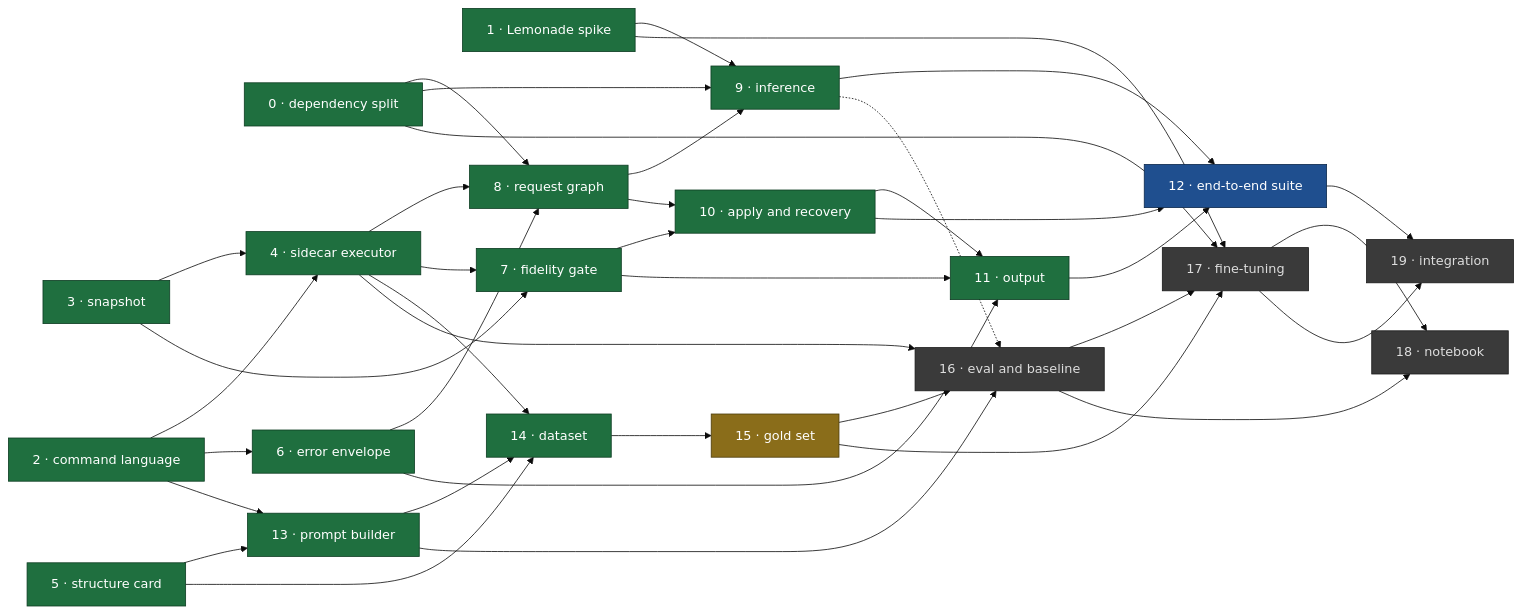
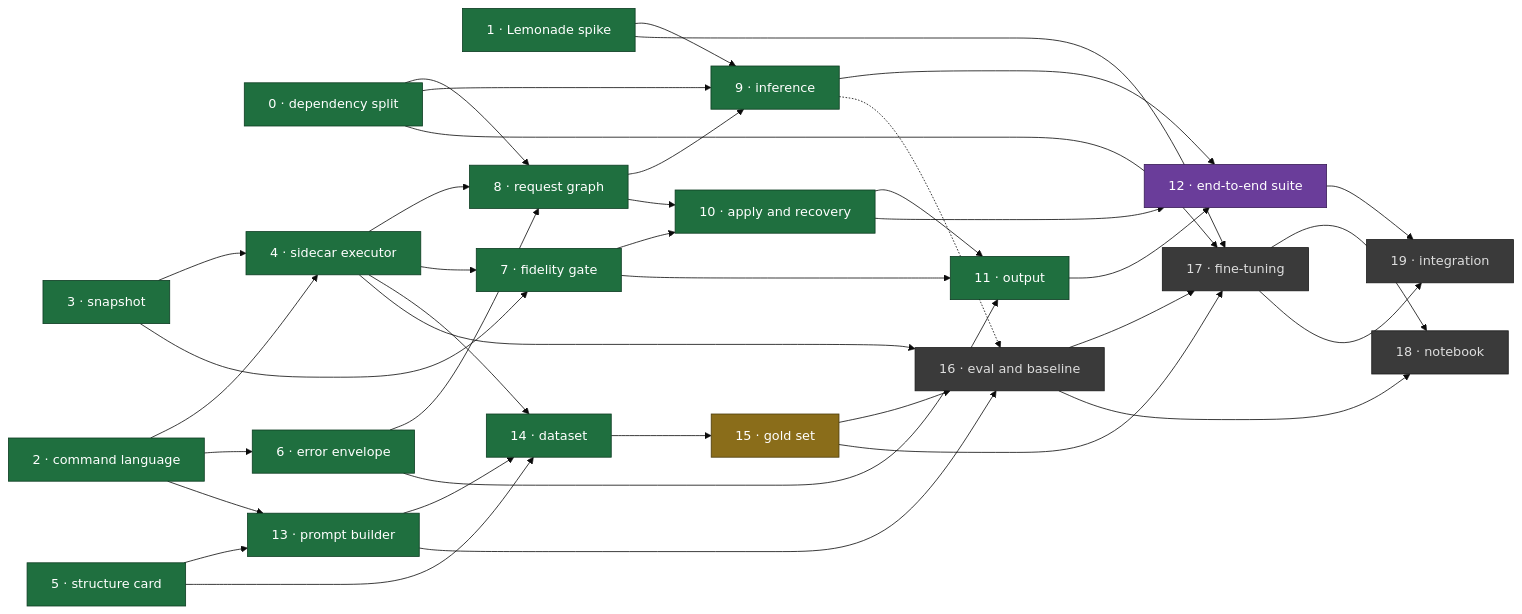
The diagram in docs/master_plan.md (urban233/pymol-copilot), drawn with Mermaid (base theme) before and after one commit. The commit also changed other lines of this file, not shown here.

First line of the commit message:
docs(master_plan): mark item 12 in progress on feat/end-to-end-suite

````diff
--- a/docs/master_plan.md
+++ b/docs/master_plan.md
@@ -112,67 +112,67 @@
 ```mermaid
 flowchart LR
   classDef done fill:#1f6f3f,stroke:#0d3d22,color:#fff
   classDef review fill:#8a6d1a,stroke:#4d3c0c,color:#fff
   classDef ready fill:#1f4f8f,stroke:#0d2a4d,color:#fff
   classDef progress fill:#6a3d9a,stroke:#3a1f57,color:#fff
   classDef blocked fill:#3a3a3a,stroke:#1a1a1a,color:#ddd
 
   I0["0 · dependency split"]:::done
   I1["1 · Lemonade spike"]:::done
   I2["2 · command language"]:::done
   I3["3 · snapshot"]:::done
   I4["4 · sidecar executor"]:::done
   I5["5 · structure card"]:::done
   I6["6 · error envelope"]:::done
   I7["7 · fidelity gate"]:::done
   I8["8 · request graph"]:::done
   I9["9 · inference"]:::done
   I10["10 · apply and recovery"]:::done
   I11["11 · output"]:::done
-  I12["12 · end-to-end suite"]:::ready
+  I12["12 · end-to-end suite"]:::progress
   I13["13 · prompt builder"]:::done
   I14["14 · dataset"]:::done
   I15["15 · gold set"]:::review
   I16["16 · eval and baseline"]:::blocked
   I17["17 · fine-tuning"]:::blocked
   I18["18 · notebook"]:::blocked
   I19["19 · integration"]:::blocked
 
   I2 --> I4
   I3 --> I4
   I2 --> I6
   I0 --> I8
   I4 --> I8
   I6 --> I8
   I3 --> I7
   I4 --> I7
   I0 --> I9
   I1 --> I9
   I8 --> I9
   I7 --> I10
   I8 --> I10
   I6 --> I11
   I7 --> I11
   I10 --> I11
   I9 --> I12
   I10 --> I12
   I11 --> I12
   I2 --> I13
   I5 --> I13
   I4 --> I14
   I5 --> I14
   I13 --> I14
   I14 --> I15
   I15 --> I16
   I13 --> I16
   I4 --> I16
   I9 -.-> I16
   I1 --> I17
   I0 --> I17
   I15 --> I17
   I16 --> I17
   I16 --> I18
   I17 --> I18
   I12 --> I19
   I17 --> I19
 ```
````
